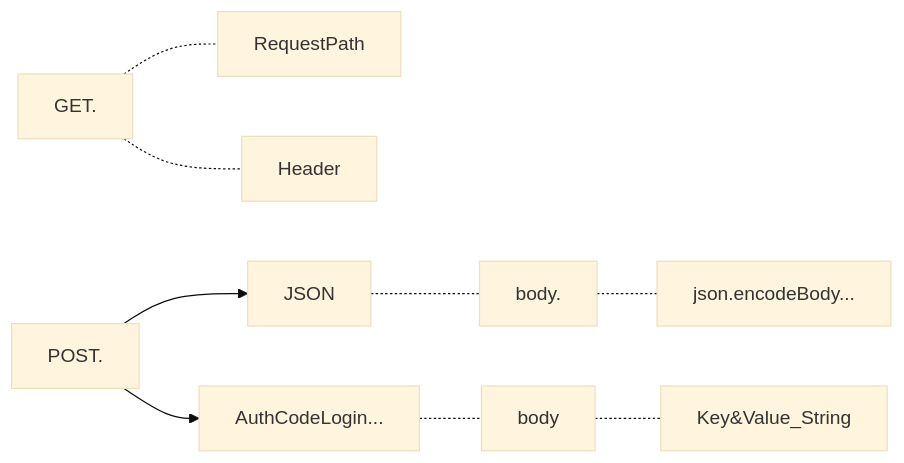
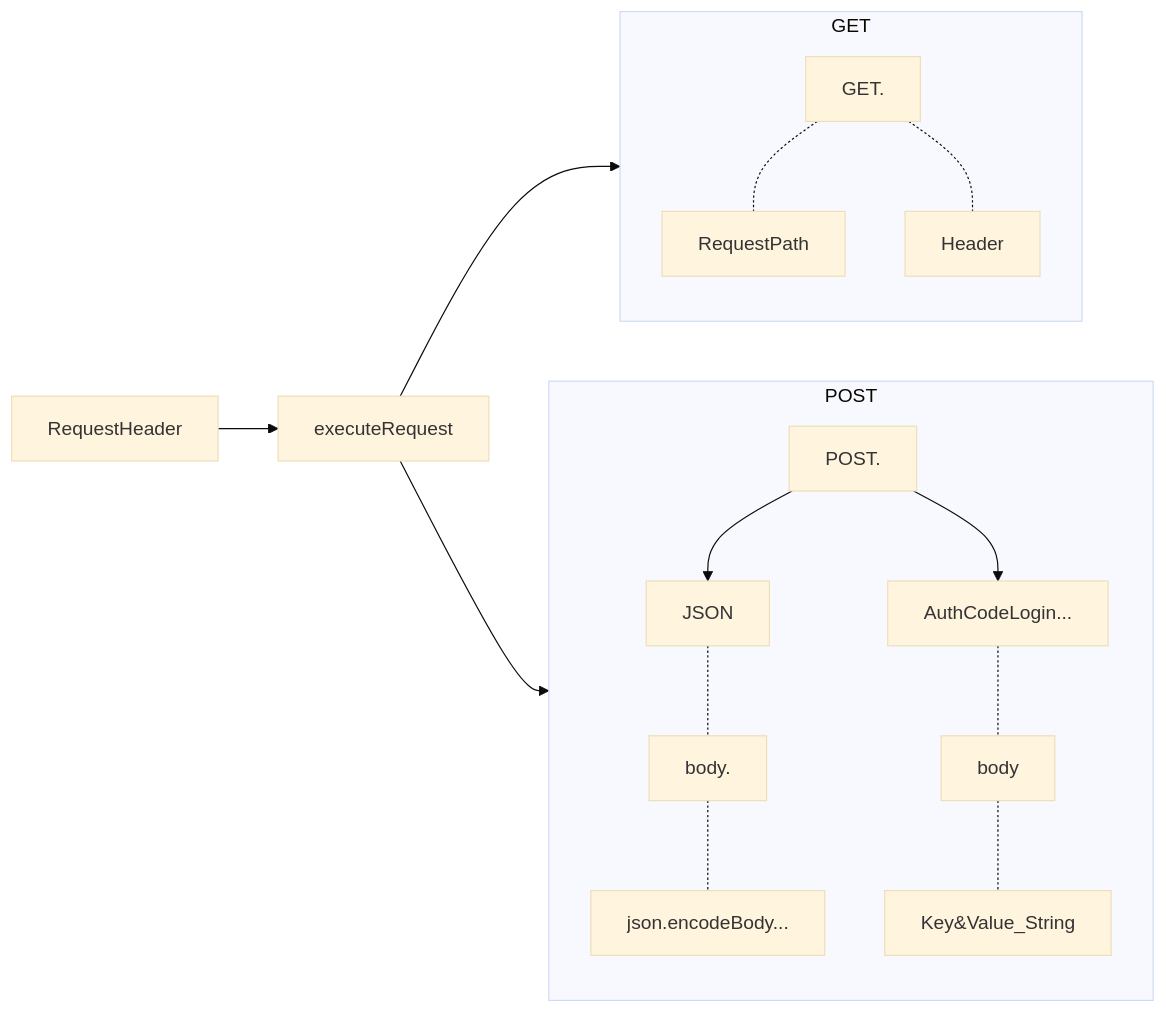
Before and after one commit to gordianknotC/nxp_note: the sixth of 8 diagrams in newage/astro.md, drawn with Mermaid (base theme).

Commit message:
newage/astro.md updated from https://stackedit.io/

````diff
--- a/newage/astro.md
+++ b/newage/astro.md
@@ -78,12 +76,20 @@
 ```mermaid
 graph LR
+RequestHeader --> executeRequest  
+executeRequest --> GET
+executeRequest --> POST
+
+subgraph GET
 GET. -.- RequestPath
 GET. -.- Header
+end
 
+subgraph POST
 POST. --> JSON
 JSON -.- body.
 body. -.- json.encodeBody...
 POST. --> AuthCodeLogin...
 AuthCodeLogin... -.- body
 body -.- Key&Value_String
+end
 ```
````
